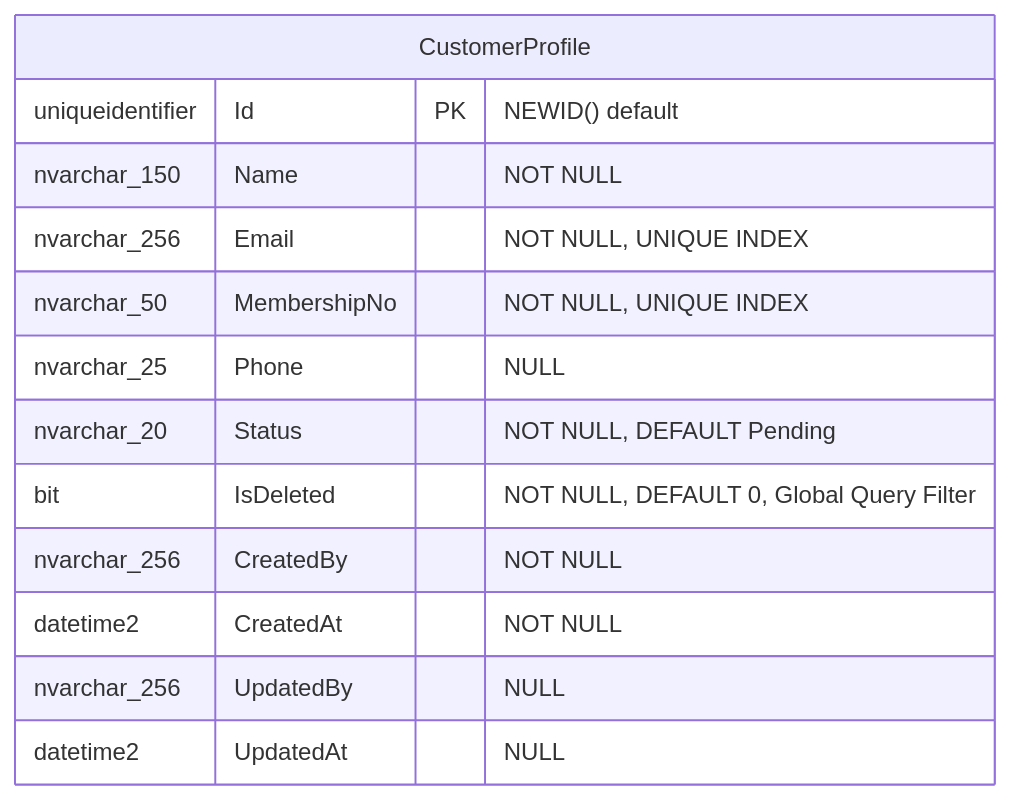
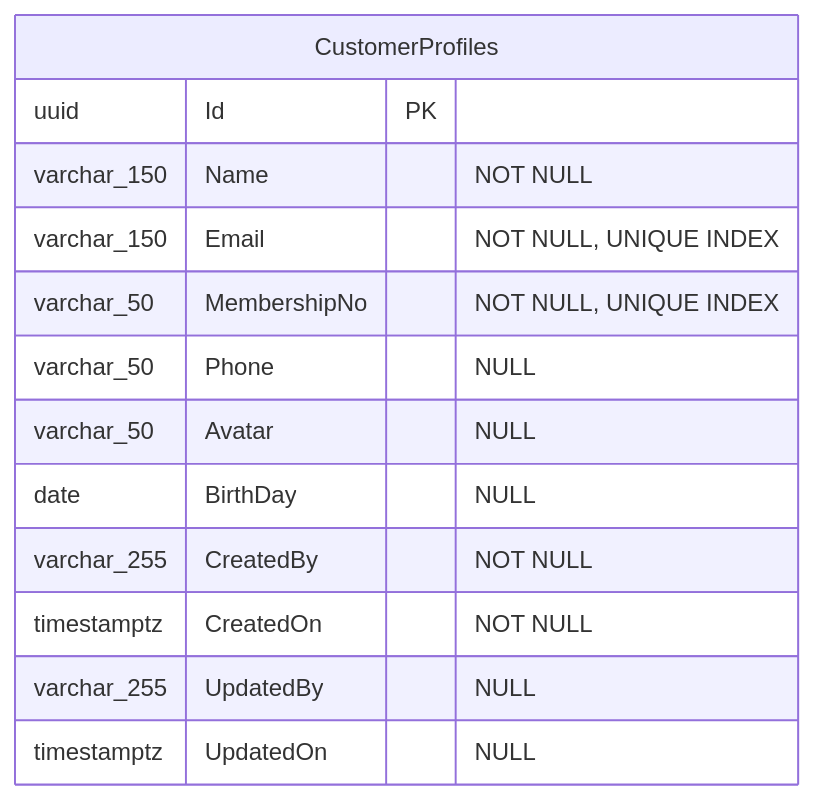
Before and after one commit to baoduy/DKNet.Templates: the diagram in docs/features/customer-profiles/data-model.md, drawn with Mermaid. The commit also changed other lines of this file and 9 other files, not shown here.

````diff
--- a/docs/features/customer-profiles/data-model.md
+++ b/docs/features/customer-profiles/data-model.md
@@ -5,16 +5,16 @@
 ```mermaid
 erDiagram
-    CustomerProfile {
-        uniqueidentifier Id PK "NEWID() default"
-        nvarchar_150 Name "NOT NULL"
-        nvarchar_256 Email "NOT NULL, UNIQUE INDEX"
-        nvarchar_50 MembershipNo "NOT NULL, UNIQUE INDEX"
-        nvarchar_25 Phone "NULL"
-        nvarchar_20 Status "NOT NULL, DEFAULT Pending"
-        bit IsDeleted "NOT NULL, DEFAULT 0, Global Query Filter"
-        nvarchar_256 CreatedBy "NOT NULL"
-        datetime2 CreatedAt "NOT NULL"
-        nvarchar_256 UpdatedBy "NULL"
-        datetime2 UpdatedAt "NULL"
+    CustomerProfiles {
+        uuid Id PK
+        varchar_150 Name "NOT NULL"
+        varchar_150 Email "NOT NULL, UNIQUE INDEX"
+        varchar_50 MembershipNo "NOT NULL, UNIQUE INDEX"
+        varchar_50 Phone "NULL"
+        varchar_50 Avatar "NULL"
+        date BirthDay "NULL"
+        varchar_255 CreatedBy "NOT NULL"
+        timestamptz CreatedOn "NOT NULL"
+        varchar_255 UpdatedBy "NULL"
+        timestamptz UpdatedOn "NULL"
     }
 ```
````
